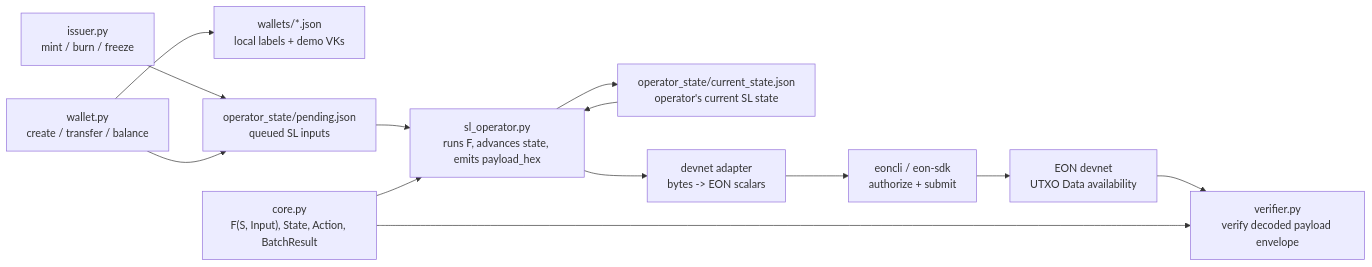
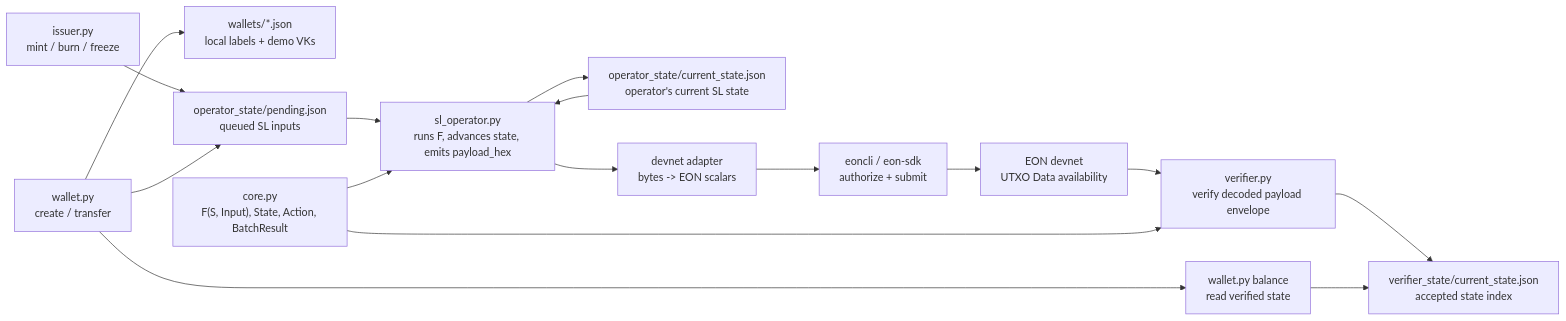
Before and after one commit to bryfeng/eon-payment-sl-demo: the diagram in ARCHITECTURE.md, drawn with Mermaid. The commit also changed other lines of this file and 6 other files, not shown here.

Commit message:
Add verifier-indexed wallet reads

````diff
--- a/ARCHITECTURE.md
+++ b/ARCHITECTURE.md
@@ -5,27 +5,32 @@
 ```mermaid
 flowchart LR
   issuer["issuer.py<br/>mint / burn / freeze"]
-  wallet["wallet.py<br/>create / transfer / balance"]
+  wallet["wallet.py<br/>create / transfer"]
+  walletRead["wallet.py balance<br/>read verified state"]
   wallets["wallets/*.json<br/>local labels + demo VKs"]
   pending["operator_state/pending.json<br/>queued SL inputs"]
   state["operator_state/current_state.json<br/>operator's current SL state"]
   core["core.py<br/>F(S, Input), State, Action, BatchResult"]
   operator["sl_operator.py<br/>runs F, advances state, emits payload_hex"]
   adapter["devnet adapter<br/>bytes -> EON scalars"]
   eoncli["eoncli / eon-sdk<br/>authorize + submit"]
   devnet["EON devnet<br/>UTXO Data availability"]
   verifier["verifier.py<br/>verify decoded payload envelope"]
+  verified["verifier_state/current_state.json<br/>accepted state index"]
 
   wallet --> wallets
   issuer --> pending
   wallet --> pending
+  wallet --> walletRead
   pending --> operator
   state --> operator
   core --> operator
   operator --> state
   operator --> adapter
   adapter --> eoncli
   eoncli --> devnet
   devnet --> verifier
   core --> verifier
+  verifier --> verified
+  walletRead --> verified
 ```
````
